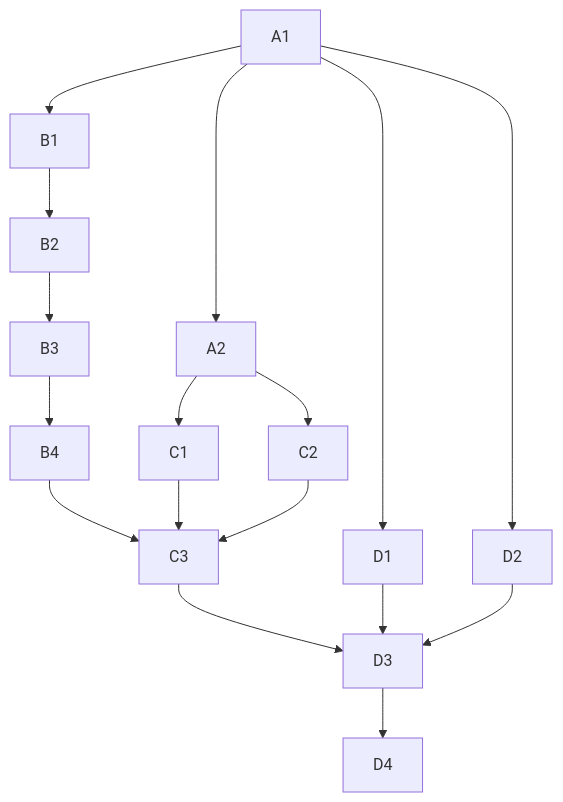
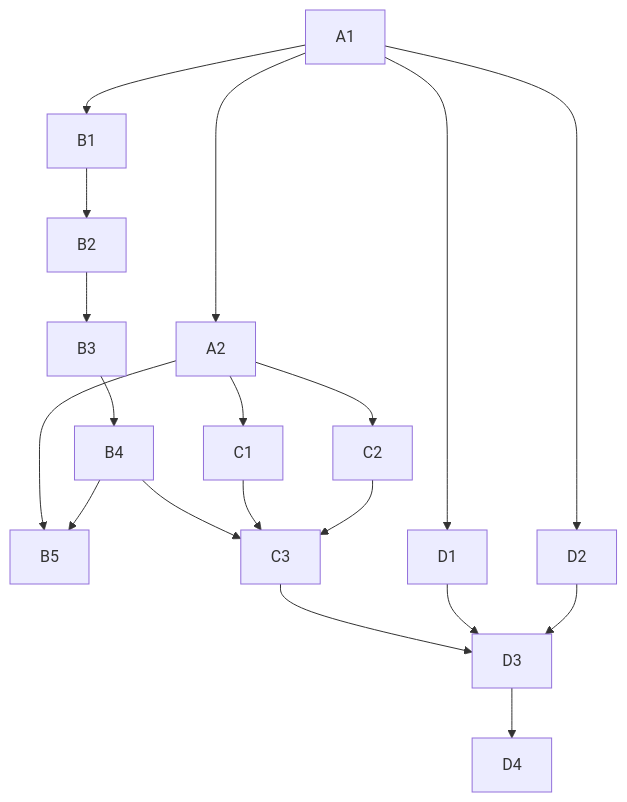
One commit to ori-inonu/inonu-trader changed the diagram in docs/specs/remaining-system-alignment/tasks.md. Above: the diagram before and after it, drawn with Mermaid. The commit also changed other lines of this file and 81 other files, not shown here.

````diff
--- a/docs/specs/remaining-system-alignment/tasks.md
+++ b/docs/specs/remaining-system-alignment/tasks.md
@@ -19,16 +20,18 @@
 ```mermaid
 graph TD
   A1 --> A2
   A1 --> B1 --> B2 --> B3 --> B4
+  A2 --> B5
+  B4 --> B5
   A2 --> C1
   A2 --> C2
   B4 --> C3
   C1 --> C3
   C2 --> C3
   A1 --> D1
   A1 --> D2
   C3 --> D3
   D1 --> D3
   D2 --> D3
   D3 --> D4
 ```
````
